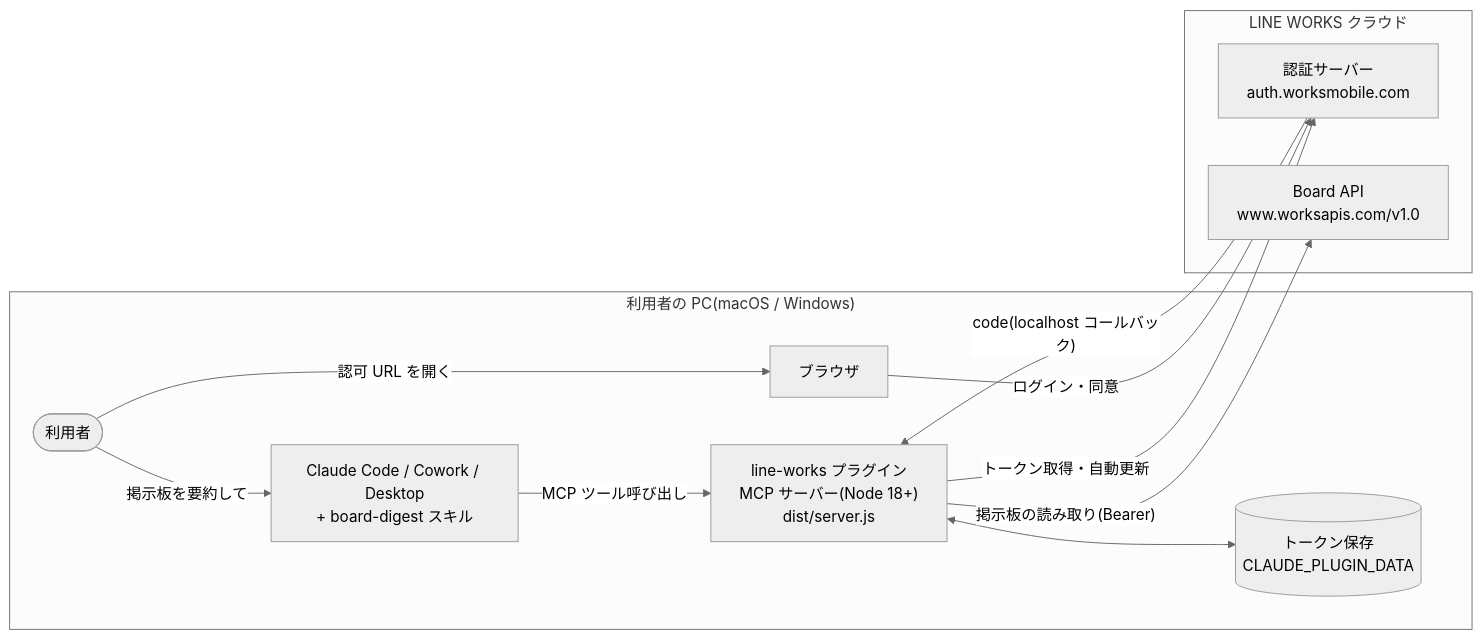
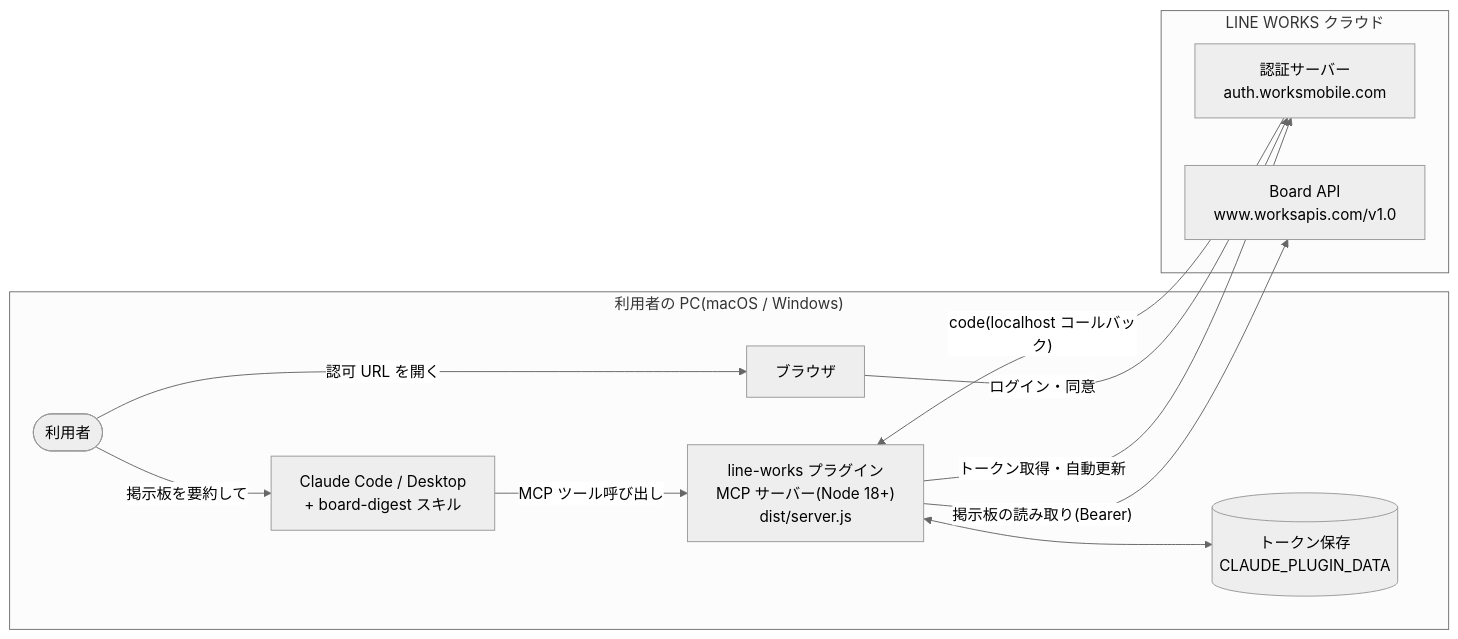
Before and after one commit to aalto-consulting-inc/claude-line-works: the first of 2 diagrams in README.md, drawn with Mermaid (neutral theme). The commit also changed other lines of this file and 3 other files, not shown here.

Commit message:
docs: README、plan.md、setup-user.md、verification.md の内容を更新し、Claude Desktop の表記を統一

````diff
--- a/README.md
+++ b/README.md
@@ -20,22 +20,22 @@
 ```mermaid
 graph LR
     subgraph PC["利用者の PC(macOS / Windows)"]
         User(["利用者"])
-        Claude["Claude Code / Cowork / Desktop<br/>+ board-digest スキル"]
+        Claude["Claude Code / Desktop<br/>+ board-digest スキル"]
         MCP["line-works プラグイン<br/>MCP サーバー(Node 18+)<br/>dist/server.js"]
         Token[("トークン保存<br/>CLAUDE_PLUGIN_DATA")]
         Browser["ブラウザ"]
     end
     subgraph LW["LINE WORKS クラウド"]
         Auth["認証サーバー<br/>auth.worksmobile.com"]
         API["Board API<br/>www.worksapis.com/v1.0"]
     end
     User -- "掲示板を要約して" --> Claude
     Claude -- "MCP ツール呼び出し" --> MCP
     MCP <--> Token
     MCP -- "トークン取得・自動更新" --> Auth
     MCP -- "掲示板の読み取り(Bearer)" --> API
     User -- "認可 URL を開く" --> Browser
     Browser -- "ログイン・同意" --> Auth
     Auth -- "code(localhost コールバック)" --> MCP
 ```
````
